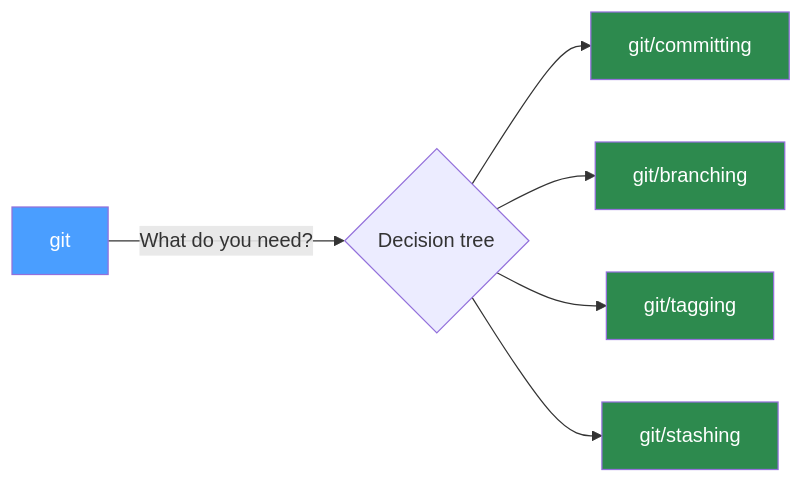
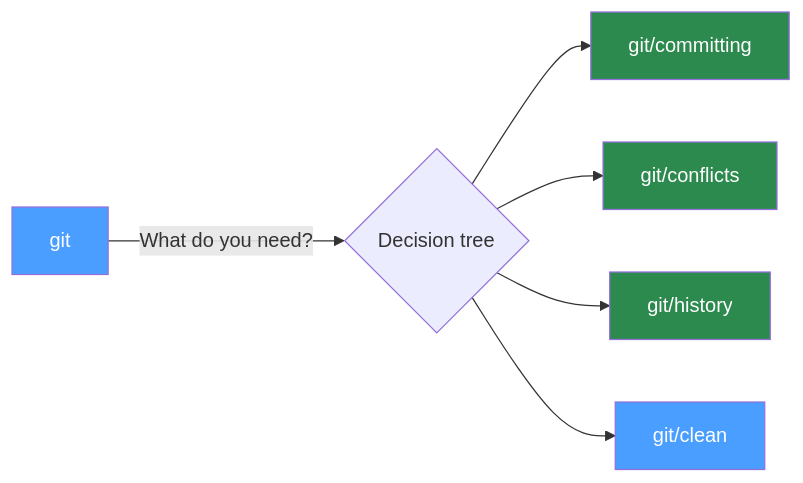
The second of 9 diagrams in docs/SKILL-TAXONOMY.md (lucasilverentand/skills), drawn with Mermaid before and after one commit. The commit also changed other lines of this file and 79 other files, not shown here.

````diff
--- a/docs/SKILL-TAXONOMY.md
+++ b/docs/SKILL-TAXONOMY.md
@@ -72,13 +70,13 @@
 ```mermaid
 flowchart LR
   A[git] -->|"What do you need?"| B{Decision tree}
   B --> C[git/committing]
-  B --> D[git/branching]
-  B --> E[git/tagging]
-  B --> F[git/stashing]
+  B --> D[git/conflicts]
+  B --> E[git/history]
+  B --> F[git/clean]
   style A fill:#4a9eff,color:#fff
   style C fill:#2d8a4e,color:#fff
   style D fill:#2d8a4e,color:#fff
   style E fill:#2d8a4e,color:#fff
-  style F fill:#2d8a4e,color:#fff
+  style F fill:#4a9eff,color:#fff
 ```
````
